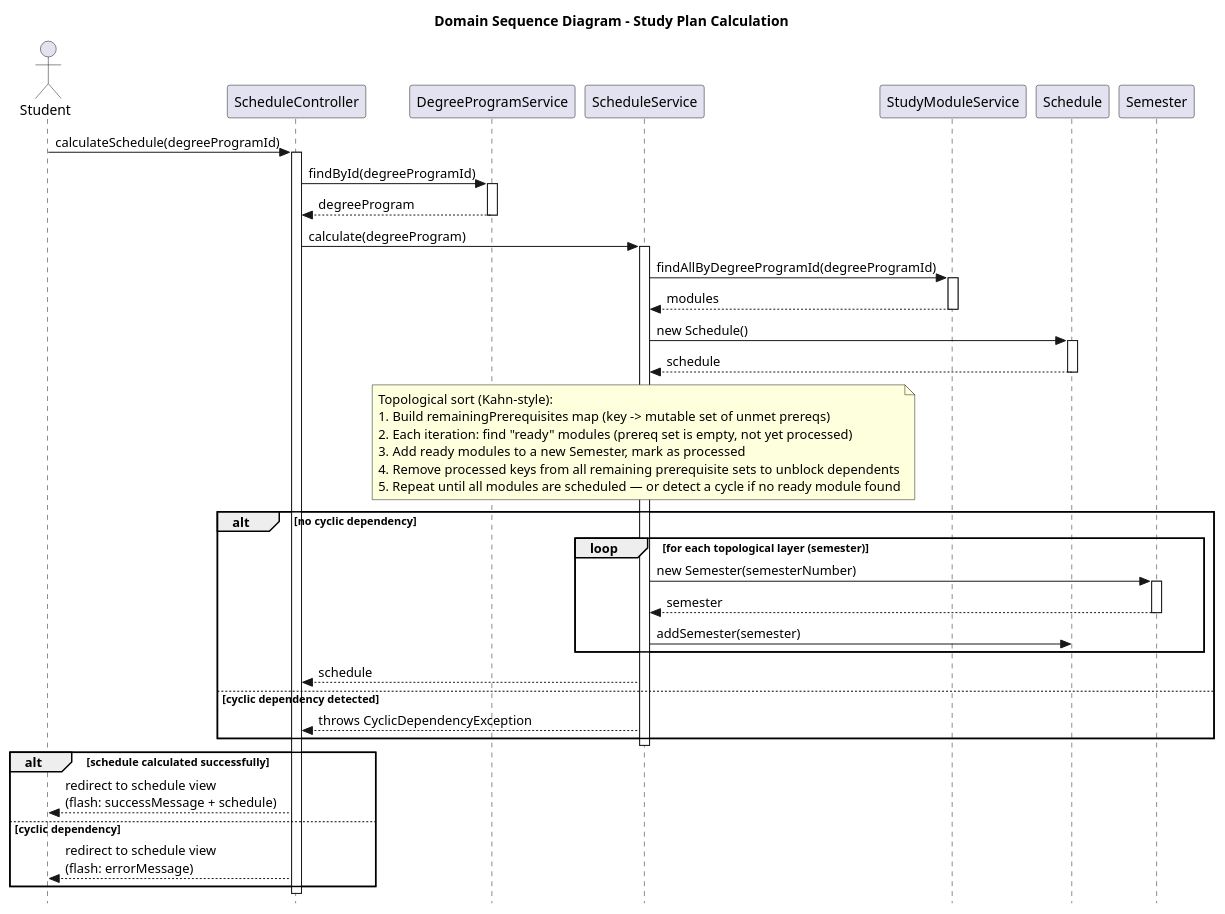
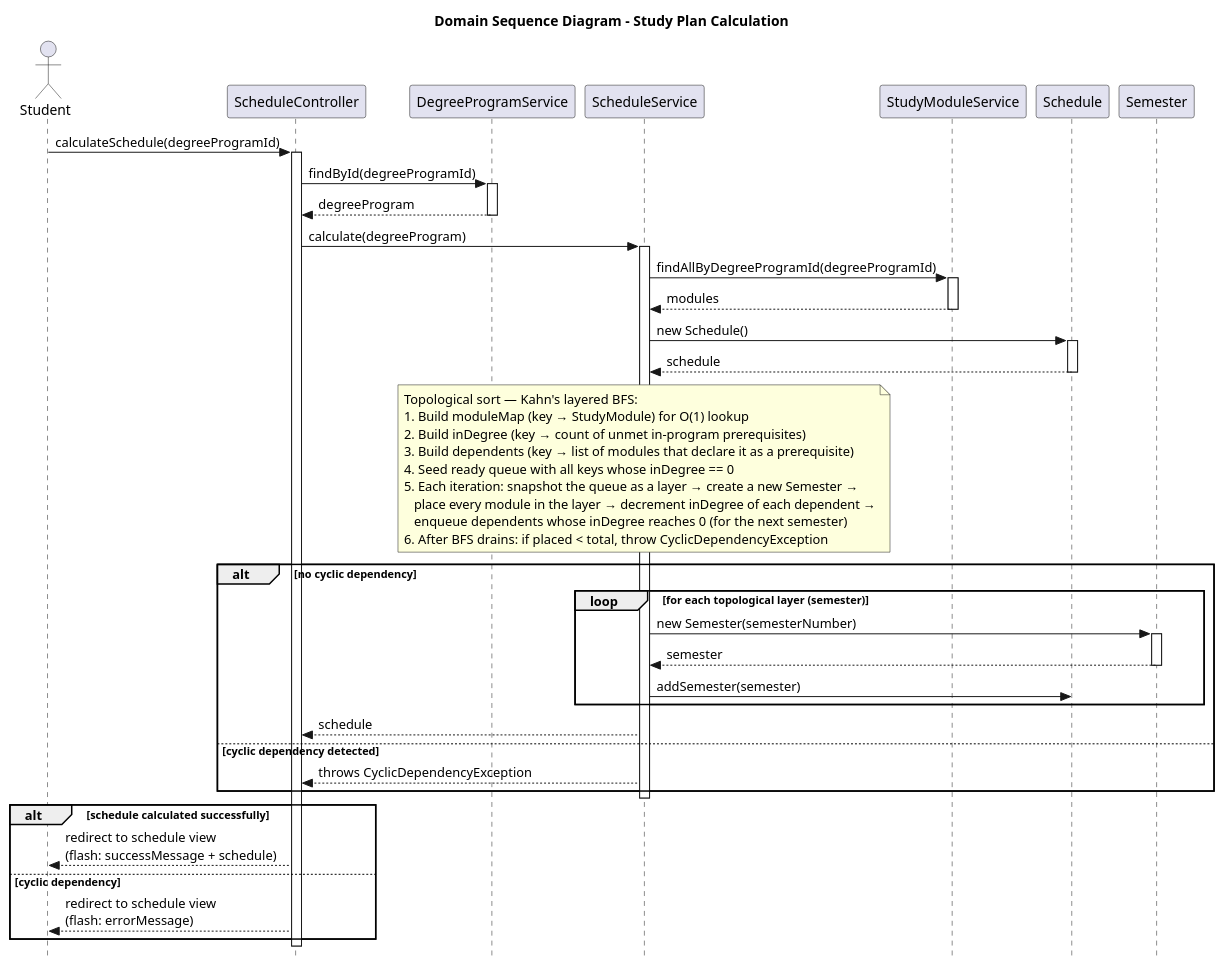
One commit to Ginimo/Studyplanner changed the diagram in docs/diagrams/domain_sequence_diagram.puml. Above: the diagram before and after it, drawn with PlantUML. The commit also changed 25 other files, not shown here.

Commit message:
add javadocs, update schedule algorithm, update diagrams

```diff
--- a/docs/diagrams/domain_sequence_diagram.puml
+++ b/docs/diagrams/domain_sequence_diagram.puml
@@ -1,65 +1,68 @@
 @startuml
 skinparam style strictuml
 title Domain Sequence Diagram - Study Plan Calculation
 
 actor Student
 participant "ScheduleController" as SC
 participant "DegreeProgramService" as DPS
 participant "ScheduleService" as SS
 participant "StudyModuleService" as SMS
 participant "Schedule" as S
 participant "Semester" as Sem
 
 Student -> SC : calculateSchedule(degreeProgramId)
 activate SC
 
 SC -> DPS : findById(degreeProgramId)
 activate DPS
 DPS --> SC : degreeProgram
 deactivate DPS
 
 SC -> SS : calculate(degreeProgram)
 activate SS
 
 SS -> SMS : findAllByDegreeProgramId(degreeProgramId)
 activate SMS
 SMS --> SS : modules
 deactivate SMS
 
 SS -> S : new Schedule()
 activate S
 S --> SS : schedule
 deactivate S
 
 note over SS
-  Topological sort (Kahn-style):
-  1. Build remainingPrerequisites map (key -> mutable set of unmet prereqs)
-  2. Each iteration: find "ready" modules (prereq set is empty, not yet processed)
-  3. Add ready modules to a new Semester, mark as processed
-  4. Remove processed keys from all remaining prerequisite sets to unblock dependents
-  5. Repeat until all modules are scheduled — or detect a cycle if no ready module found
+  Topological sort — Kahn's layered BFS:
+  1. Build moduleMap (key → StudyModule) for O(1) lookup
+  2. Build inDegree (key → count of unmet in-program prerequisites)
+  3. Build dependents (key → list of modules that declare it as a prerequisite)
+  4. Seed ready queue with all keys whose inDegree == 0
+  5. Each iteration: snapshot the queue as a layer → create a new Semester →
+     place every module in the layer → decrement inDegree of each dependent →
+     enqueue dependents whose inDegree reaches 0 (for the next semester)
+  6. After BFS drains: if placed < total, throw CyclicDependencyException
 end note
 
 alt no cyclic dependency
     loop for each topological layer (semester)
         SS -> Sem : new Semester(semesterNumber)
         activate Sem
         Sem --> SS : semester
         deactivate Sem
         SS -> S : addSemester(semester)
     end
     SS --> SC : schedule
 else cyclic dependency detected
     SS --> SC : throws CyclicDependencyException
 end
 
 deactivate SS
 
 alt schedule calculated successfully
     SC --> Student : redirect to schedule view\n(flash: successMessage + schedule)
 else cyclic dependency
     SC --> Student : redirect to schedule view\n(flash: errorMessage)
 end
 
 deactivate SC
 @enduml
```
